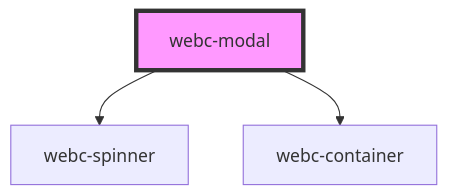
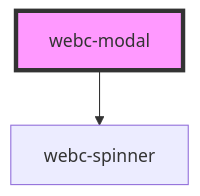
The diagram in docs/readme/components/webc-modal/readme.md (webcardinal/webcardinal-core), drawn with Mermaid before and after one commit. The commit also changed other lines of this file and 19 other files, not shown here.

````diff
--- a/docs/readme/components/webc-modal/readme.md
+++ b/docs/readme/components/webc-modal/readme.md
@@ -134,6 +132,5 @@
 ```mermaid
 graph TD;
   webc-modal --> webc-spinner
-  webc-modal --> webc-container
   style webc-modal fill:#f9f,stroke:#333,stroke-width:4px
 ```
````
